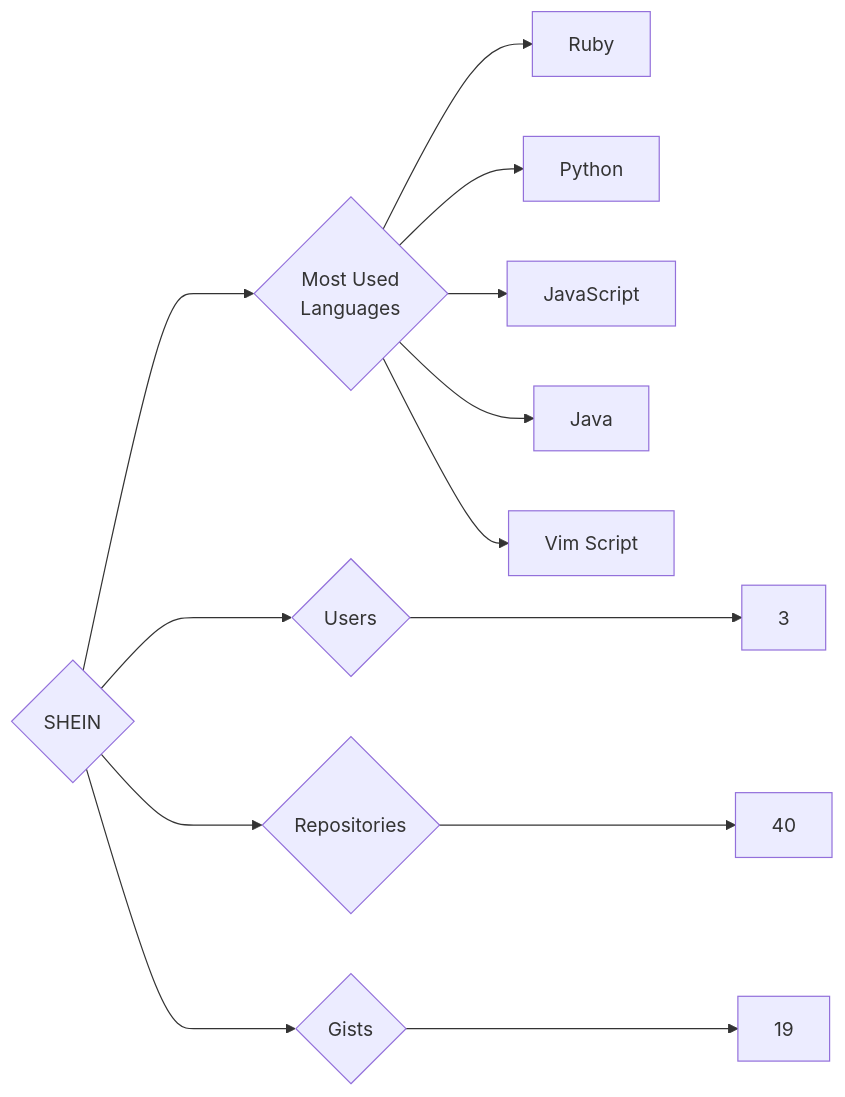
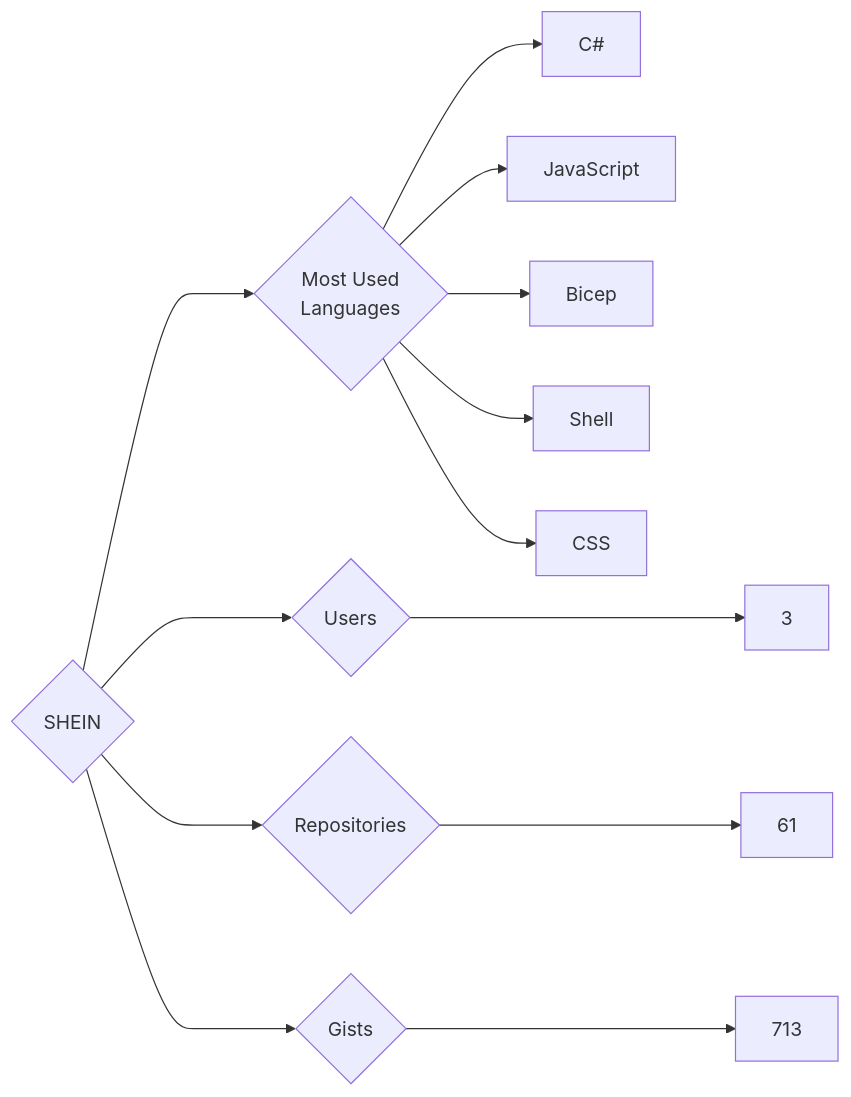
The diagram in targets/SHEIN/README.md (trickest/insiders), drawn with Mermaid before and after one commit. The commit also changed 1696 other files, not shown here.

````diff
--- a/targets/SHEIN/README.md
+++ b/targets/SHEIN/README.md
@@ -3,13 +3,13 @@
 ```mermaid
 graph LR
 COMPANY_NAME{SHEIN}
 COMPANY_NAME ---> U{Users} ---> UN[3]
-COMPANY_NAME ---> R{Repositories} ---> RN[40]
-COMPANY_NAME ---> G{Gists} ---> GN[19]
+COMPANY_NAME ---> R{Repositories} ---> RN[61]
+COMPANY_NAME ---> G{Gists} ---> GN[713]
 COMPANY_NAME ---> ML{Most Used<br>Languages}
-ML --> Ruby[Ruby]
-ML --> Python[Python]
+ML --> C#[C#]
 ML --> JavaScript[JavaScript]
-ML --> Java[Java]
-ML --> Vim_Script[Vim Script]
+ML --> Bicep[Bicep]
+ML --> Shell[Shell]
+ML --> CSS[CSS]
 ```
````
